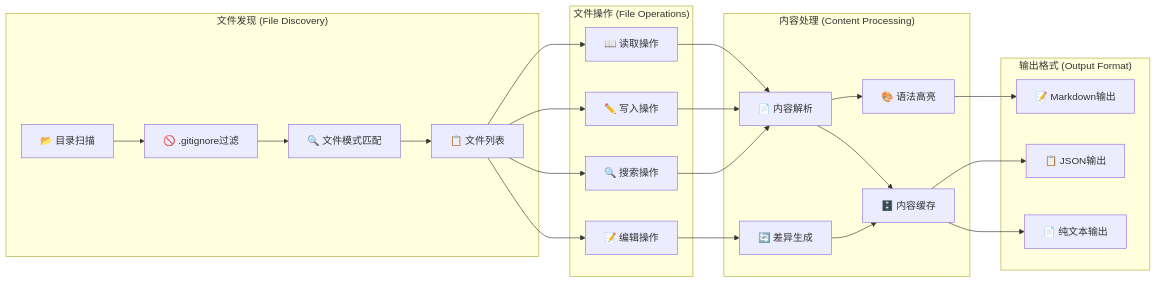
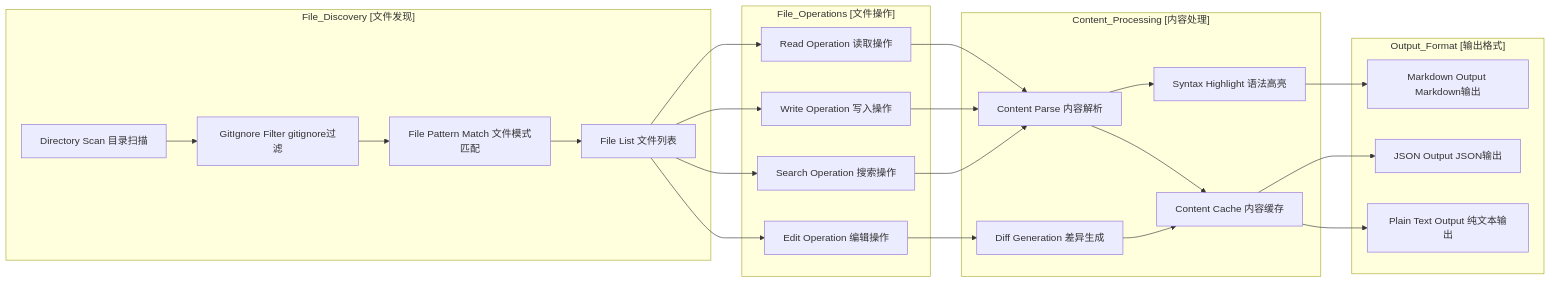
Before and after one commit to zhuangbiaowei/vitepress-ospo-writing-project: the fourth of 5 diagrams in docs/articles/gemini-cli-data-flow-diagram.md, drawn with Mermaid. The commit also changed other lines of this file and 128 other files, not shown here.

````diff
--- a/docs/articles/gemini-cli-data-flow-diagram.md
+++ b/docs/articles/gemini-cli-data-flow-diagram.md
@@ -244,51 +236,51 @@
 ```mermaid
 flowchart LR
-    subgraph "文件发现 (File Discovery)"
-        ScanDir[📂 目录扫描]
-        GitIgnore[🚫 .gitignore过滤]
-        FilePattern[🔍 文件模式匹配]
-        FileList[📋 文件列表]
+    subgraph "File_Discovery [文件发现]"
+        ScanDir[Directory Scan 目录扫描]
+        GitIgnore[GitIgnore Filter gitignore过滤]
+        FilePattern[File Pattern Match 文件模式匹配]
+        FileList[File List 文件列表]
     end
     
-    subgraph "文件操作 (File Operations)"
-        ReadOp[📖 读取操作]
-        WriteOp[✏️ 写入操作]
-        EditOp[📝 编辑操作]
-        SearchOp[🔍 搜索操作]
+    subgraph "File_Operations [文件操作]"
+        ReadOp[Read Operation 读取操作]
+        WriteOp[Write Operation 写入操作]
+        EditOp[Edit Operation 编辑操作]
+        SearchOp[Search Operation 搜索操作]
     end
     
-    subgraph "内容处理 (Content Processing)"
-        ContentParse[📄 内容解析]
-        SyntaxHL[🎨 语法高亮]
-        DiffGen[🔄 差异生成]
-        ContentCache[🗄️ 内容缓存]
+    subgraph "Content_Processing [内容处理]"
+        ContentParse[Content Parse 内容解析]
+        SyntaxHL[Syntax Highlight 语法高亮]
+        DiffGen[Diff Generation 差异生成]
+        ContentCache[Content Cache 内容缓存]
     end
     
-    subgraph "输出格式 (Output Format)"
-        MarkdownOut[📝 Markdown输出]
-        JSONOut[📋 JSON输出]
-        PlainText[📄 纯文本输出]
+    subgraph "Output_Format [输出格式]"
+        MarkdownOut[Markdown Output Markdown输出]
+        JSONOut[JSON Output JSON输出]
+        PlainText[Plain Text Output 纯文本输出]
     end
 
     ScanDir --> GitIgnore
     GitIgnore --> FilePattern
     FilePattern --> FileList
     
     FileList --> ReadOp
     FileList --> WriteOp
     FileList --> EditOp
     FileList --> SearchOp
     
     ReadOp --> ContentParse
     WriteOp --> ContentParse
     EditOp --> DiffGen
     SearchOp --> ContentParse
     
     ContentParse --> SyntaxHL
     ContentParse --> ContentCache
     DiffGen --> ContentCache
     
     SyntaxHL --> MarkdownOut
     ContentCache --> JSONOut
     ContentCache --> PlainText
 ```
````
